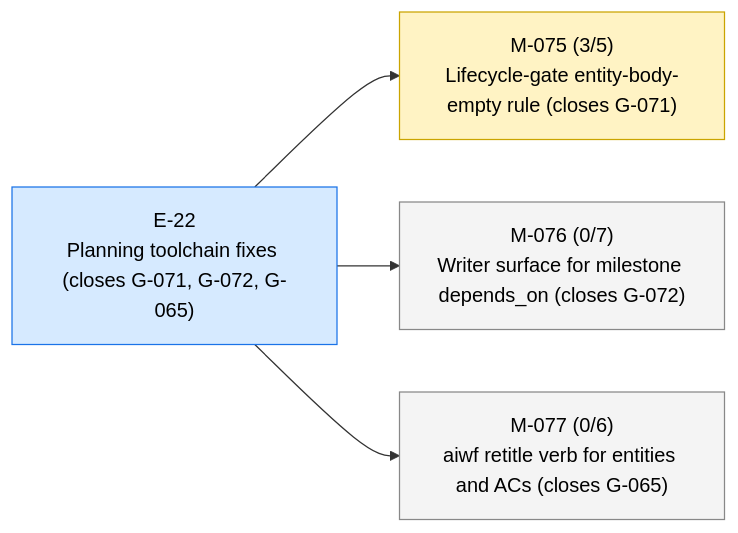
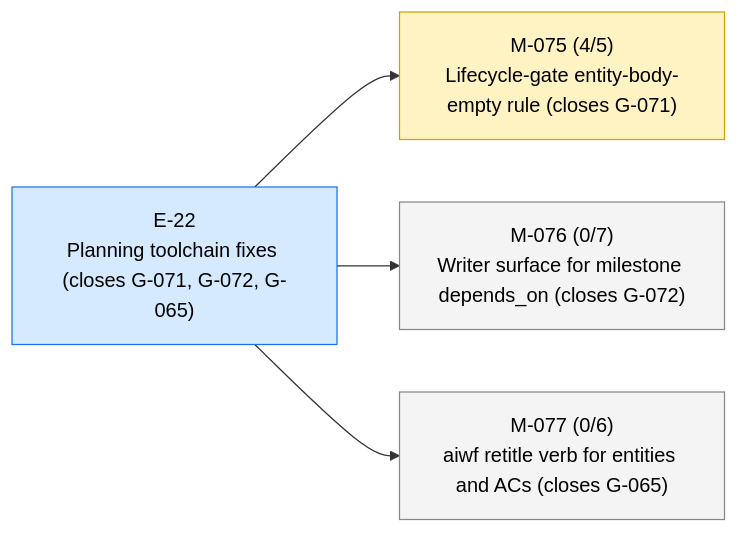
The first of 3 diagrams in STATUS.md (23min/aiwf), drawn with Mermaid before and after one commit. The commit also changed other lines of this file and 1 other file, not shown here.

````diff
--- a/STATUS.md
+++ b/STATUS.md
@@ -13,16 +13,16 @@
 ```mermaid
 flowchart LR
   E_22["E-22<br/>Planning toolchain fixes (closes G-071, G-072, G-065)"]:::epic_active
-  M_075["M-075 (3/5)<br/>Lifecycle-gate entity-body-empty rule (closes G-071)"]:::ms_in_progress
+  M_075["M-075 (4/5)<br/>Lifecycle-gate entity-body-empty rule (closes G-071)"]:::ms_in_progress
   E_22 --> M_075
   M_076["M-076 (0/7)<br/>Writer surface for milestone depends_on (closes G-072)"]:::ms_draft
   E_22 --> M_076
   M_077["M-077 (0/6)<br/>aiwf retitle verb for entities and ACs (closes G-065)"]:::ms_draft
   E_22 --> M_077
   classDef epic_active fill:#d6eaff,stroke:#1a73e8,color:#000
   classDef epic_proposed fill:#f4f4f4,stroke:#888,color:#000
   classDef ms_done fill:#d8f5d8,stroke:#2a8a2a,color:#000
   classDef ms_in_progress fill:#fff3c4,stroke:#caa400,color:#000
   classDef ms_draft fill:#f4f4f4,stroke:#888,color:#000
   classDef ms_cancelled fill:#fbeaea,stroke:#c33,color:#000
 ```
````
